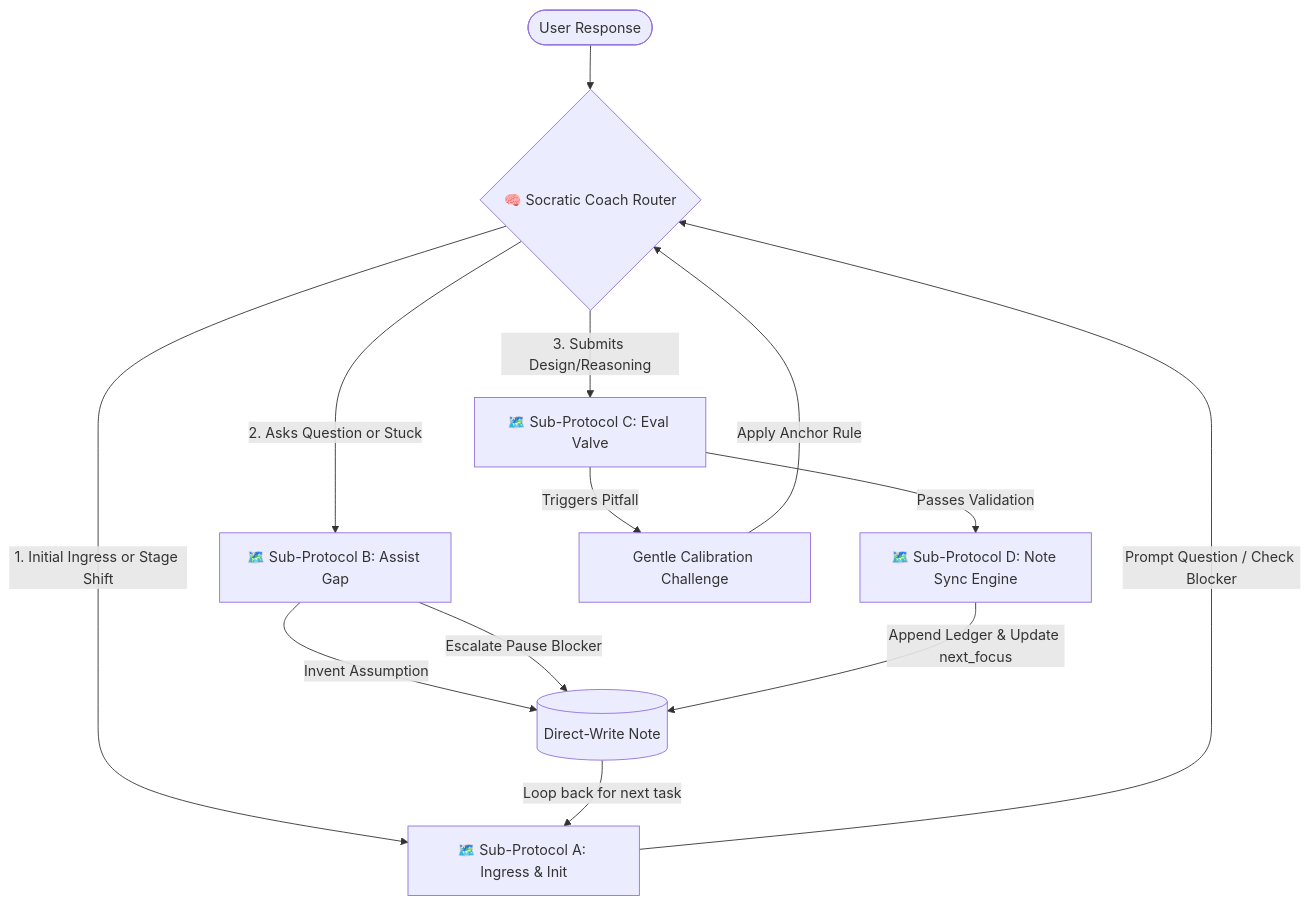
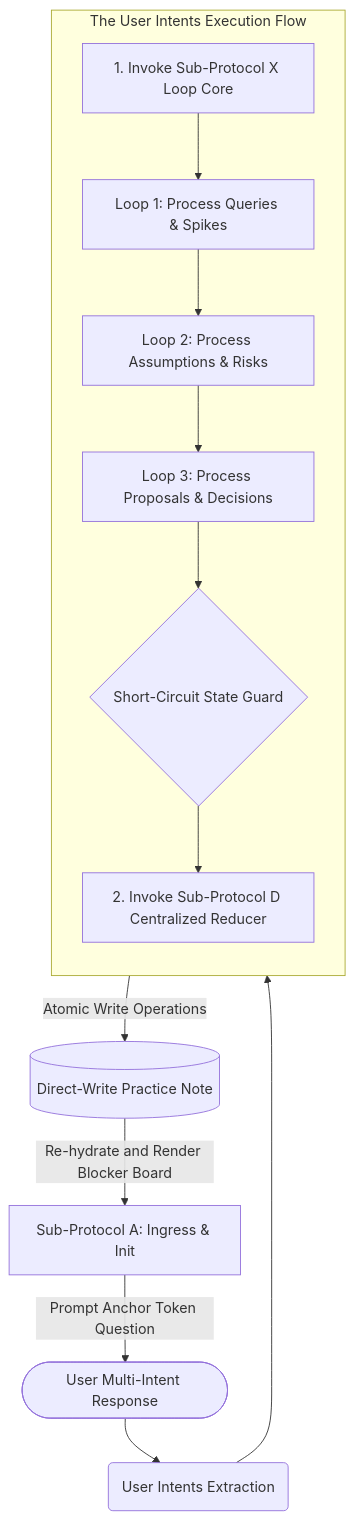
Before and after one commit to MyNameIsTakenOMG/my-coaches: the fourth of 4 diagrams in docs/architecture-log.md, drawn with Mermaid. The commit also changed other lines of this file, not shown here.

Commit message:
doc: update design log to match V2 Sequential Intent-Loop architecture, close #11

````diff
--- a/docs/architecture-log.md
+++ b/docs/architecture-log.md
@@ -131,24 +108,20 @@
 ```mermaid
 flowchart TD
-    User([User Response]) --> Coach{🧠 Socratic Coach Router}
-
-    %% Spokes from the Central Router
-    Coach -->|1. Initial Ingress or Stage Shift| SubA[🗺️ Sub-Protocol A: Ingress & Init]
-    Coach -->|2. Asks Question or Stuck| SubB[🗺️ Sub-Protocol B: Assist Gap]
-    Coach -->|3. Submits Design/Reasoning| SubC[🗺️ Sub-Protocol C: Eval Valve]
-
-    %% Internal routing and loops
-    SubC -->|Passes Validation| SubD[🗺️ Sub-Protocol D: Note Sync Engine]
-    SubC -->|Triggers Pitfall| Calibrate[Gentle Calibration Challenge]
+    User([User Multi-Intent Response]) --> Ingest(User Intents Extraction)
+    Ingest --> Execute
+    subgraph Execute [The User Intents Execution Flow]
+        direction TB
+        SubX[1. Invoke Sub-Protocol X Loop Core] --> L1[Loop 1: Process Queries & Spikes]
+        L1 --> L2[Loop 2: Process Assumptions & Risks]
+        L2 --> L3[Loop 3: Process Proposals & Decisions]
+        L3 --> Guard{Short-Circuit State Guard}
+        Guard --> SubD[2. Invoke Sub-Protocol D Centralized Reducer]
+    end
 
     %% Direct Writing and State Mutation Loops
-    SubB -->|Invent Assumption| WriteFile[(Direct-Write Note)]
-    SubB -->|Escalate Pause Blocker| WriteFile
-    SubD -->|Append Ledger & Update next_focus| WriteFile
+    SubD -->|Atomic Write Operations| WriteFile[(Direct-Write Practice Note)]
 
     %% The Loop-Back Hook
-    WriteFile -->|Loop back for next task| SubA
-    Calibrate -->|Apply Anchor Rule| Coach
-    SubA -->|Prompt Question / Check Blocker| Coach
-
+    WriteFile -->|Re-hydrate and Render Blocker Board| SubA[Sub-Protocol A: Ingress & Init]
+    SubA -->|Prompt Anchor Token Question| User
 ```
````
